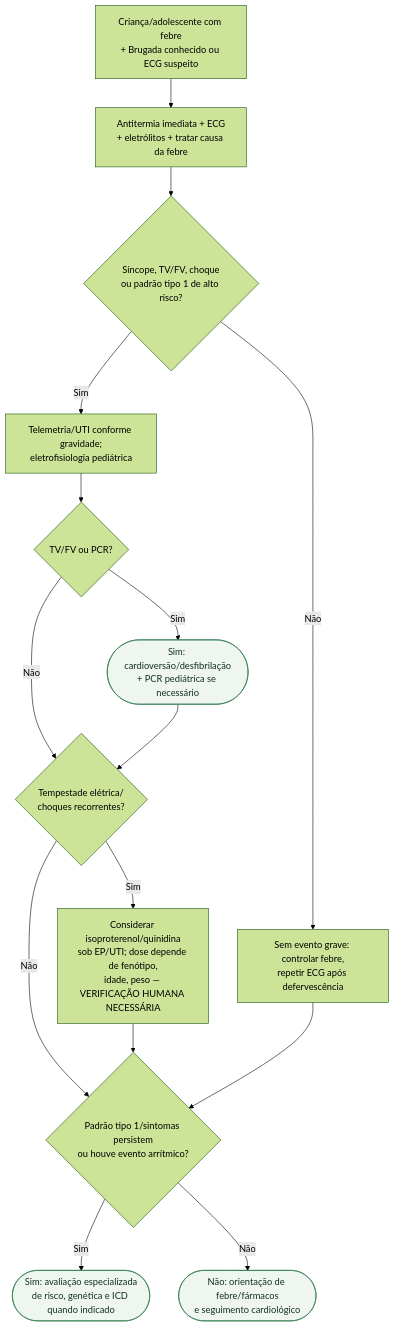
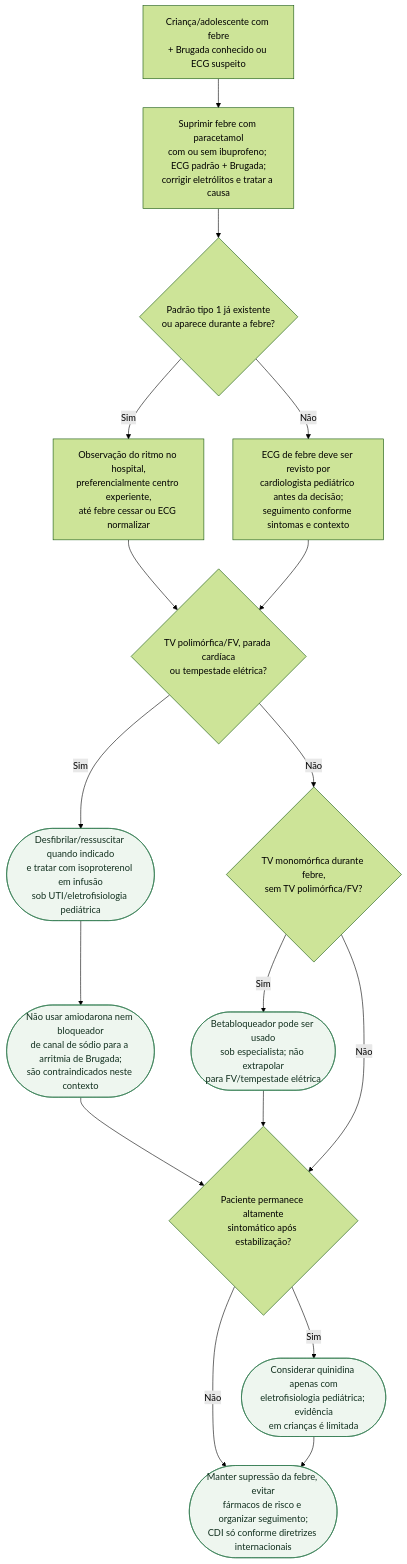
Before and after one commit to rafaelpaesmeirelles/MeuCardio: the diagram in content/Cardiologia_pediátrica/fluxograma-sindrome-de-brugada-precipitada-por-febre-na-crianca-e-adolescente.md, drawn with Mermaid (forest theme). The commit also changed other lines of this file and 74 other files, not shown here.

````diff
--- a/content/Cardiologia_pediátrica/fluxograma-sindrome-de-brugada-precipitada-por-febre-na-crianca-e-adolescente.md
+++ b/content/Cardiologia_pediátrica/fluxograma-sindrome-de-brugada-precipitada-por-febre-na-crianca-e-adolescente.md
@@ -14,33 +14,36 @@
 ```mermaid
 flowchart TD
   R0["Criança/adolescente com febre<br/>+ Brugada conhecido ou ECG suspeito"]
-  P1["Antitermia imediata + ECG<br/>+ eletrólitos + tratar causa da febre"]
-  D1{"Síncope, TV/FV, choque<br/>ou padrão tipo 1 de alto risco?"}
-  P2["Telemetria/UTI conforme gravidade;<br/>eletrofisiologia pediátrica"]
-  D2{"TV/FV ou PCR?"}
-  C1(["Sim: cardioversão/desfibrilação<br/>+ PCR pediátrica se necessário"])
-  D3{"Tempestade elétrica/<br/>choques recorrentes?"}
-  P3["Considerar isoproterenol/quinidina<br/>sob EP/UTI; dose depende de fenótipo,<br/>idade, peso — VERIFICAÇÃO HUMANA NECESSÁRIA"]
-  P4["Sem evento grave: controlar febre,<br/>repetir ECG após defervescência"]
-  D4{"Padrão tipo 1/sintomas persistem<br/>ou houve evento arrítmico?"}
-  C2(["Sim: avaliação especializada<br/>de risco, genética e ICD quando indicado"])
-  C3(["Não: orientação de febre/fármacos<br/>e seguimento cardiológico"])
+  P1["Suprimir febre com paracetamol<br/>com ou sem ibuprofeno; ECG padrão + Brugada;<br/>corrigir eletrólitos e tratar a causa"]
+  D1{"Padrão tipo 1 já existente<br/>ou aparece durante a febre?"}
+  P2["Observação do ritmo no hospital,<br/>preferencialmente centro experiente,<br/>até febre cessar ou ECG normalizar"]
+  P3["ECG de febre deve ser revisto por<br/>cardiologista pediátrico antes da decisão;<br/>seguimento conforme sintomas e contexto"]
+  D2{"TV polimórfica/FV, parada cardíaca<br/>ou tempestade elétrica?"}
+  C1(["Desfibrilar/ressuscitar quando indicado<br/>e tratar com isoproterenol em infusão<br/>sob UTI/eletrofisiologia pediátrica"])
+  C0(["Não usar amiodarona nem bloqueador<br/>de canal de sódio para a arritmia de Brugada;<br/>são contraindicados neste contexto"])
+  D3{"TV monomórfica durante febre,<br/>sem TV polimórfica/FV?"}
+  C4(["Betabloqueador pode ser usado<br/>sob especialista; não extrapolar<br/>para FV/tempestade elétrica"])
+  D4{"Paciente permanece altamente<br/>sintomático após estabilização?"}
+  C2(["Considerar quinidina apenas com<br/>eletrofisiologia pediátrica; evidência<br/>em crianças é limitada"])
+  C3(["Manter supressão da febre, evitar<br/>fármacos de risco e organizar seguimento;<br/>CDI só conforme diretrizes internacionais"])
 
   R0 --> P1
   P1 --> D1
   D1 -->|"Sim"| P2
-  D1 -->|"Não"| P4
+  D1 -->|"Não"| P3
   P2 --> D2
+  P3 --> D2
   D2 -->|"Sim"| C1
+  C1 --> C0
+  C0 --> D4
   D2 -->|"Não"| D3
-  C1 --> D3
-  D3 -->|"Sim"| P3
+  D3 -->|"Sim"| C4
+  C4 --> D4
   D3 -->|"Não"| D4
-  P3 --> D4
-  P4 --> D4
   D4 -->|"Sim"| C2
   D4 -->|"Não"| C3
+  C2 --> C3
 
   classDef conduta fill:#eef6ef,stroke:#2f7a4f,color:#12301f;
-  class C1,C2,C3 conduta;
+  class C0,C1,C2,C3,C4 conduta;
 ```
````
